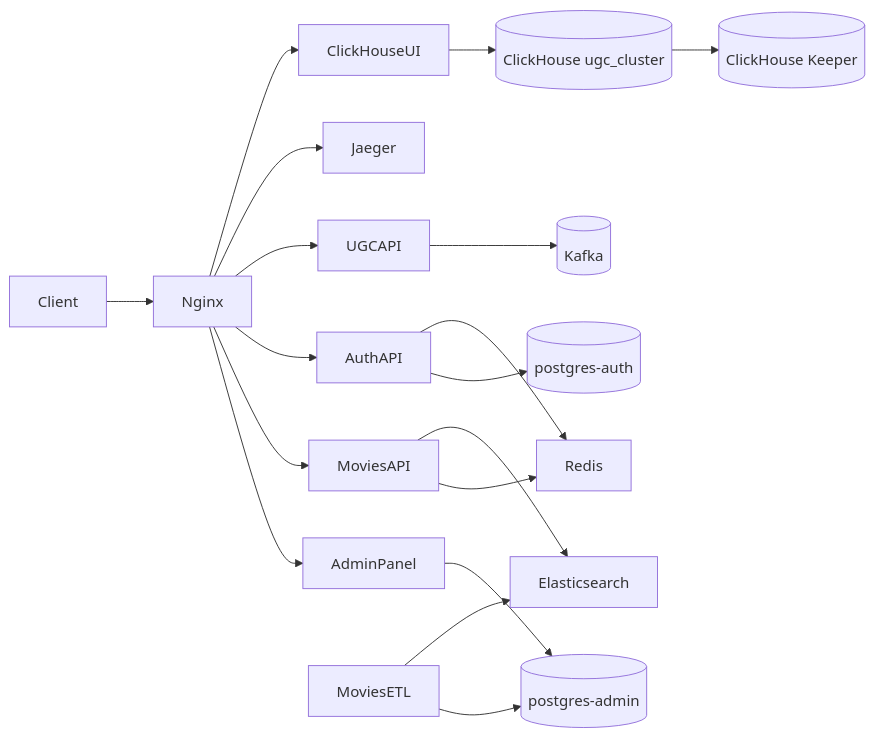
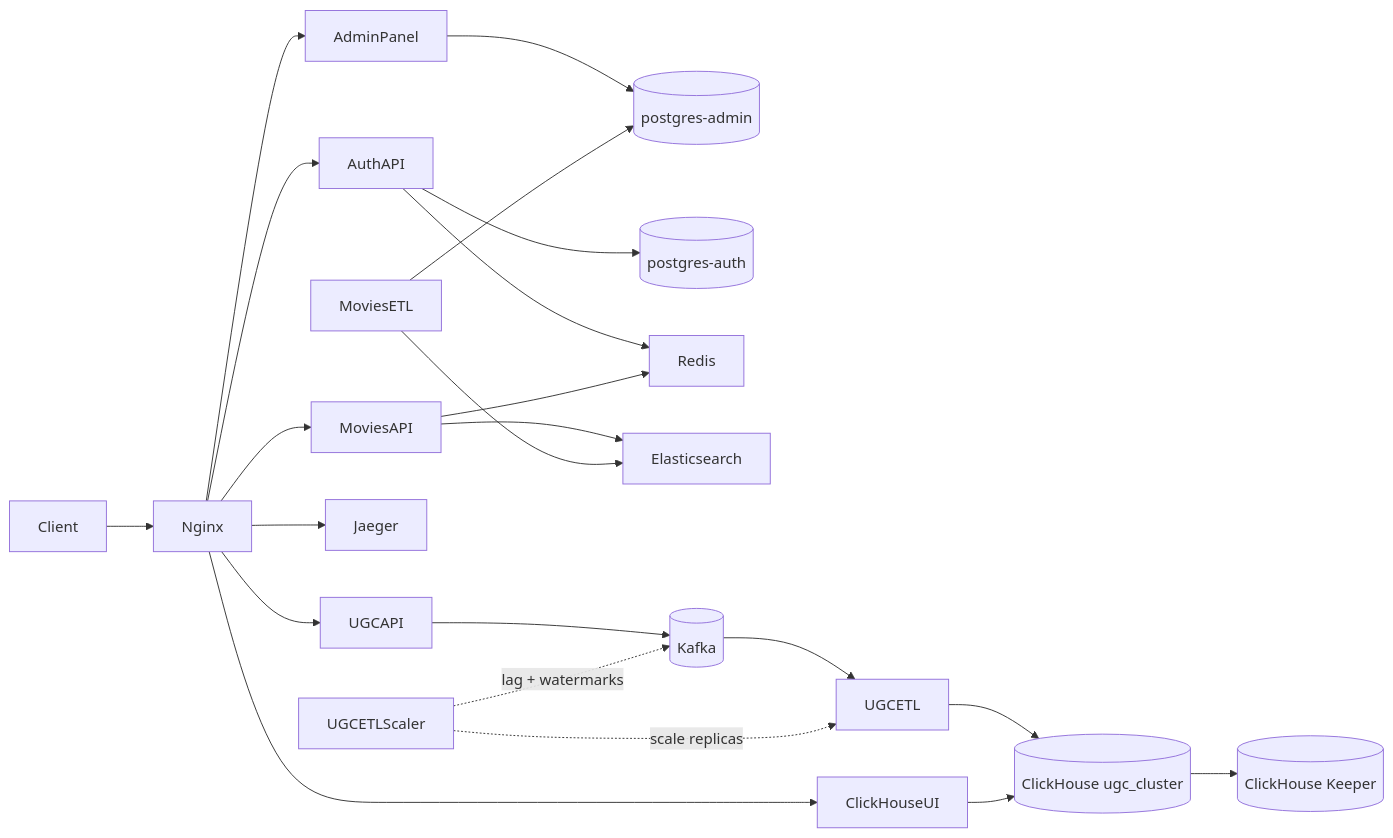
One commit to rock4ts/movies_portfolio changed the diagram in README.md. Above: the diagram before and after it, drawn with Mermaid. The commit also changed other lines of this file and 3 other files, not shown here.

First line of the commit message:
Add ugc_etl_scaler submodule and wire lag-based autoscaling into production.

````diff
--- a/README.md
+++ b/README.md
@@ -9,21 +9,25 @@
 ```mermaid
 flowchart LR
     Client --> Nginx
     Nginx --> AdminPanel
     Nginx --> MoviesAPI
     Nginx --> AuthAPI
     Nginx --> UGCAPI
     Nginx --> Jaeger
     Nginx --> ClickHouseUI
 
     AdminPanel --> PostgresAdmin[(postgres-admin)]
     AuthAPI --> PostgresAuth[(postgres-auth)]
     AuthAPI --> Redis
     MoviesAPI --> Redis
     MoviesAPI --> Elasticsearch
     MoviesETL --> PostgresAdmin
     MoviesETL --> Elasticsearch
     UGCAPI --> Kafka[(Kafka)]
+    Kafka --> UGCETL
+    UGCETL --> ClickHouse[(ClickHouse ugc_cluster)]
+    UGCETLScaler -.->|lag + watermarks| Kafka
+    UGCETLScaler -.->|scale replicas| UGCETL
     ClickHouseUI --> ClickHouse[(ClickHouse ugc_cluster)]
     ClickHouse --> Keeper[(ClickHouse Keeper)]
 ```
````
